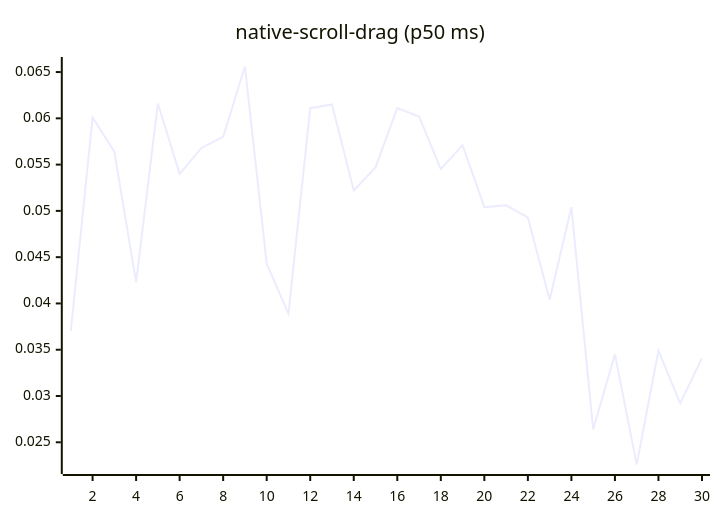
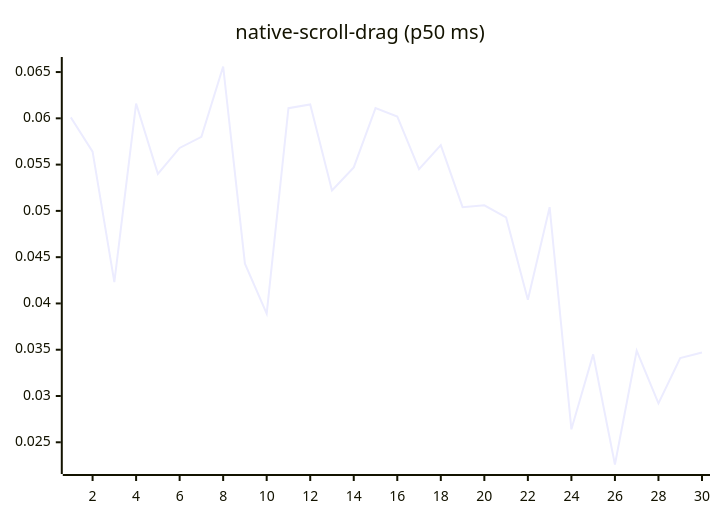
Before and after one commit to josha/Facet: diagram 14 of 27 in README.md, drawn with Mermaid. The commit also changed other lines of this file and 2 other files, not shown here.

````diff
--- a/README.md
+++ b/README.md
@@ -154,6 +154,6 @@
 ```mermaid
 xychart-beta
     title "native-scroll-drag (p50 ms)"
     x-axis 1 --> 30
-    line [0.0370, 0.0601, 0.0564, 0.0423, 0.0616, 0.0540, 0.0568, 0.0580, 0.0656, 0.0443, 0.0389, 0.0611, 0.0615, 0.0522, 0.0547, 0.0611, 0.0602, 0.0545, 0.0571, 0.0504, 0.0506, 0.0493, 0.0404, 0.0504, 0.0264, 0.0345, 0.0226, 0.0349, 0.0292, 0.0341]
+    line [0.0601, 0.0564, 0.0423, 0.0616, 0.0540, 0.0568, 0.0580, 0.0656, 0.0443, 0.0389, 0.0611, 0.0615, 0.0522, 0.0547, 0.0611, 0.0602, 0.0545, 0.0571, 0.0504, 0.0506, 0.0493, 0.0404, 0.0504, 0.0264, 0.0345, 0.0226, 0.0349, 0.0292, 0.0341, 0.0347]
 ```
````
